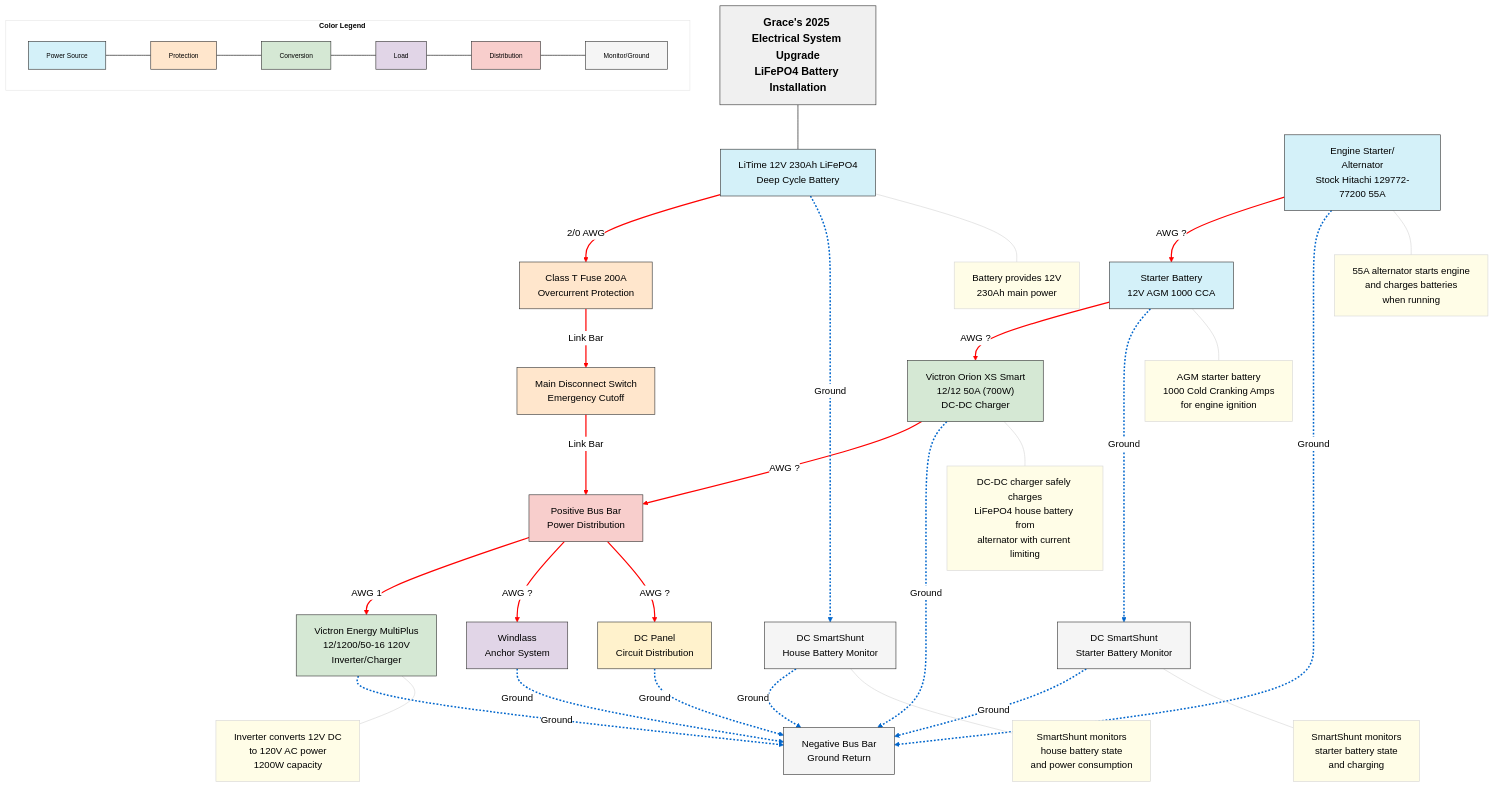
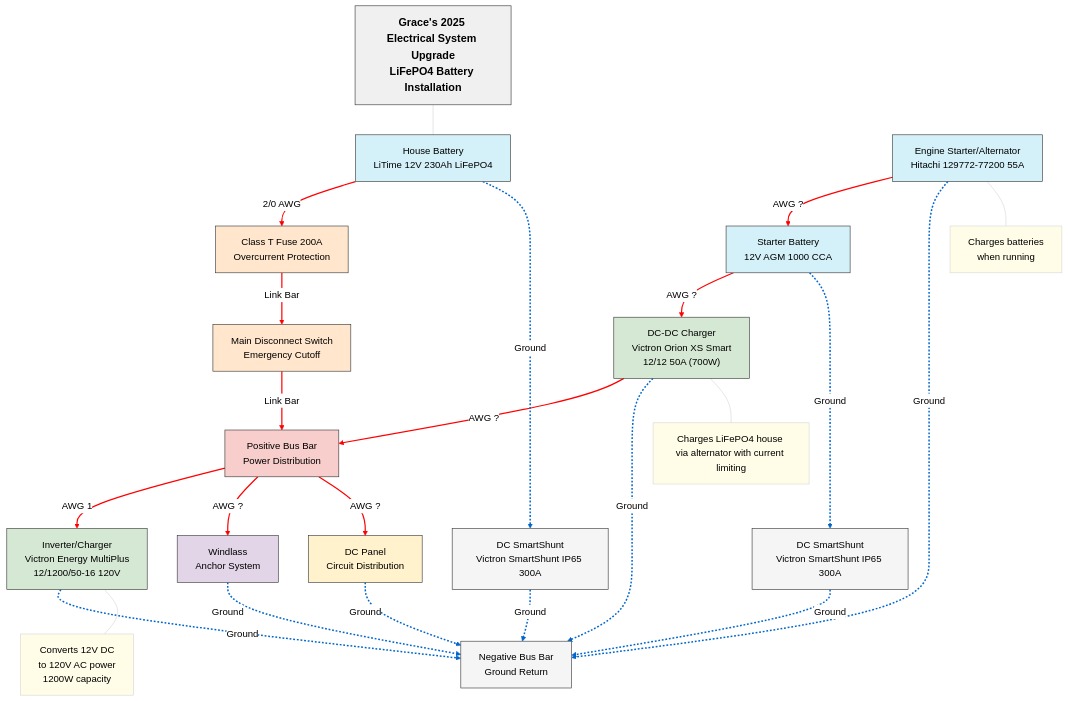
Before and after one commit to jkrauska/graceElectrical: the diagram in 2025-electrical-upgrade.md, drawn with Mermaid. The commit also changed other lines of this file, not shown here.

Commit message:
less notes

````diff
--- a/2025-electrical-upgrade.md
+++ b/2025-electrical-upgrade.md
@@ -31,19 +31,19 @@
   %% negativeLineColor: #0066cc
 
   %% Define nodes with descriptive identifiers and detailed labels
-  house_battery["LiTime 12V 230Ah LiFePO4<br>Deep Cycle Battery"]
+  house_battery["House Battery<br>LiTime 12V 230Ah LiFePO4"]
   main_fuse["Class T Fuse 200A<br>Overcurrent Protection"]
   disconnect_switch["Main Disconnect Switch<br>Emergency Cutoff"]
   positive_bus["Positive Bus Bar<br>Power Distribution"]
-  inverter_charger["Victron Energy MultiPlus<br>12/1200/50-16 120V<br>Inverter/Charger"]
+  inverter_charger["Inverter/Charger<br>Victron Energy MultiPlus<br>12/1200/50-16 120V"]
   windlass["Windlass<br>Anchor System"]
   dc_panel["DC Panel<br>Circuit Distribution"]
-  dc_dc_charger["Victron Orion XS Smart<br>12/12 50A (700W)<br>DC-DC Charger"]
-  house_shunt["DC SmartShunt<br>House Battery Monitor"]
+  dc_dc_charger["DC-DC Charger<br>Victron Orion XS Smart<br>12/12 50A (700W)"]
   negative_bus["Negative Bus Bar<br>Ground Return"]
   starter_battery["Starter Battery<br>12V AGM 1000 CCA"]
-  alternator["Engine Starter/<br>Alternator<br>Stock Hitachi 129772-77200 55A"]
-  starter_shunt["DC SmartShunt<br>Starter Battery Monitor"]
+  alternator["Engine Starter/Alternator<br>Hitachi 129772-77200 55A"]
+  house_shunt["DC SmartShunt<br>Victron SmartShunt IP65 300A"]
+  starter_shunt["DC SmartShunt<br>Victron SmartShunt IP65 300A"]
   
   %% Style nodes using direct color values
   style house_battery fill:#d4f1f9,stroke:#333
@@ -85,29 +85,17 @@
   dc_dc_charger -.->|Ground| negative_bus
 
   %% Add explanatory notes
-  note_house_battery["Battery provides 12V<br>230Ah main power"]
-  note_inverter["Inverter converts 12V DC<br>to 120V AC power<br>1200W capacity"]
-  note_dc_dc["DC-DC charger safely charges<br>LiFePO4 house battery from<br>alternator with current limiting"]
-  note_house_shunt["SmartShunt monitors<br>house battery state<br>and power consumption"]
-  note_starter_battery["AGM starter battery<br>1000 Cold Cranking Amps<br>for engine ignition"]
-  note_alternator["55A alternator starts engine<br>and charges batteries<br>when running"]
-  note_starter_shunt["SmartShunt monitors<br>starter battery state<br>and charging"]
+  note_inverter["Converts 12V DC<br>to 120V AC power<br>1200W capacity"]
+  note_dc_dc["Charges LiFePO4 house <br>via alternator with current limiting"]
+  note_alternator["Charges batteries<br>when running"]
   
-  style note_house_battery fill:#fffde7,stroke:#d6d6d6
   style note_inverter fill:#fffde7,stroke:#d6d6d6
   style note_dc_dc fill:#fffde7,stroke:#d6d6d6
-  style note_house_shunt fill:#fffde7,stroke:#d6d6d6
-  style note_starter_battery fill:#fffde7,stroke:#d6d6d6
   style note_alternator fill:#fffde7,stroke:#d6d6d6
-  style note_starter_shunt fill:#fffde7,stroke:#d6d6d6
   
-  house_battery --- note_house_battery
   inverter_charger --- note_inverter
   dc_dc_charger --- note_dc_dc
-  house_shunt --- note_house_shunt
-  starter_battery --- note_starter_battery
   alternator --- note_alternator
-  starter_shunt --- note_starter_shunt
 
   %% Title with background to ensure visibility in dark mode
   title["Grace's 2025 Electrical System Upgrade<br>LiFePO4 Battery Installation"]
@@ -117,19 +105,7 @@
   %% Styling for positive and negative connections
   linkStyle 0,1,2,3,4,5,6,7,8 stroke:#ff0000,stroke-width:2px
   linkStyle 9,10,11,12,13,14,15,16,17 stroke:#0066cc,stroke-width:2.5px,stroke-dasharray:3
-  linkStyle 18,19,20,21,22,23,24 stroke:#d6d6d6,stroke-width:1px
+  linkStyle 18,19,20 stroke:#d6d6d6,stroke-width:1px
+  linkStyle 21 stroke:#d6d6d6,stroke-width:1px
 
-  %% Color coding legend (moved to bottom and made smaller)
-  subgraph Legend["Color Legend"]
-    direction LR
-    legend_power["Power Source"] --- legend_protection["Protection"] --- legend_conversion["Conversion"] --- legend_load["Load"] --- legend_distribution["Distribution"] --- legend_monitor["Monitor/Ground"]
-    
-    style legend_power fill:#d4f1f9,stroke:#333,font-size:11px
-    style legend_protection fill:#ffe6cc,stroke:#333,font-size:11px
-    style legend_conversion fill:#d5e8d4,stroke:#333,font-size:11px
-    style legend_load fill:#e1d5e7,stroke:#333,font-size:11px
-    style legend_distribution fill:#f8cecc,stroke:#333,font-size:11px
-    style legend_monitor fill:#f5f5f5,stroke:#333,font-size:11px
-    style Legend font-size:12px,font-weight:bold
-  end
 ```
````
